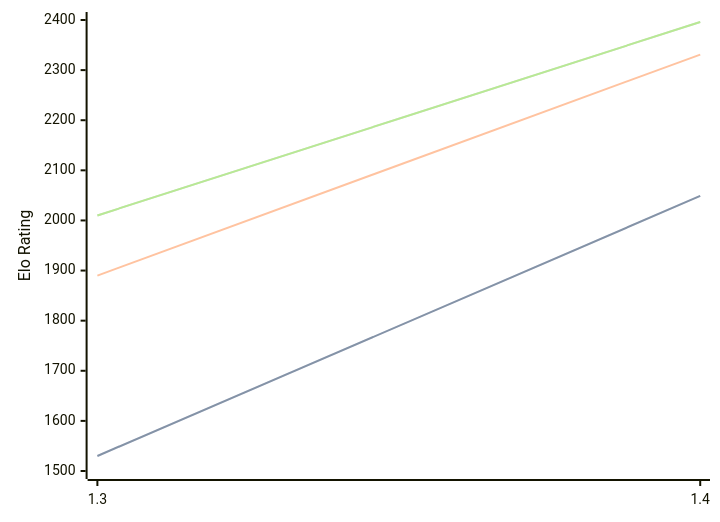
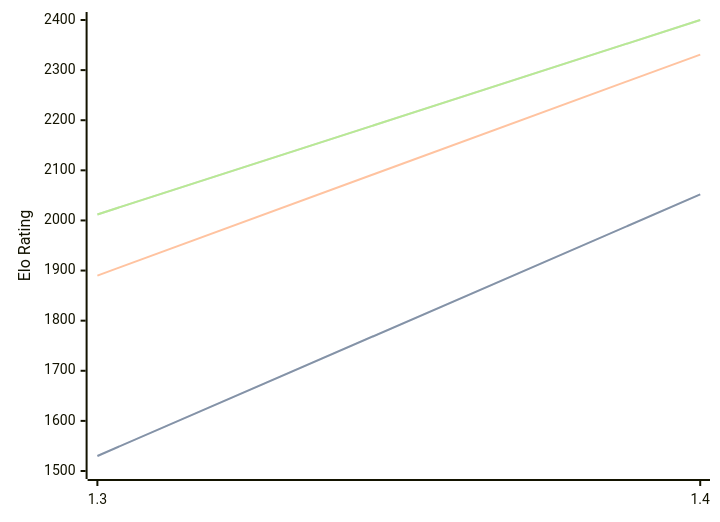
One commit to computer-chess-index/cci changed the diagram in engines/Facon.md. Above: the diagram before and after it, drawn with Mermaid. The commit also changed other lines of this file, not shown here.

Commit message:
Update CCI Ratings (ELO VLTC) - 2026-05-06

````diff
--- a/engines/Facon.md
+++ b/engines/Facon.md
@@ -35,11 +35,11 @@
 ```mermaid
 %%{init: {"theme":"base","themeVariables":{"seriesColors:['#a3a3a3','#222221','#faa371']}}}%%
 xychart-beta
   x-axis ["1.3", "1.4"]
   y-axis "Elo Rating" 1500 --> 2400
-  line "STC (8.0+0.08s)" [1530, 2049]
-  line "STC (8.0+0.08s)" [1530, 2049]
+  line "STC (8.0+0.08s)" [1530, 2052]
+  line "STC (8.0+0.08s)" [1530, 2052]
   line "LTC (60.0+0.60s)" [1890, 2331]
-  line "VLTC (2m24s+1.12s)" [2010, 2396]
-  line "VLTC (2m24s+1.12s)" [2010, 2396]
+  line "VLTC (2m24s+1.12s)" [2012, 2400]
+  line "VLTC (2m24s+1.12s)" [2012, 2400]
 ```
````
